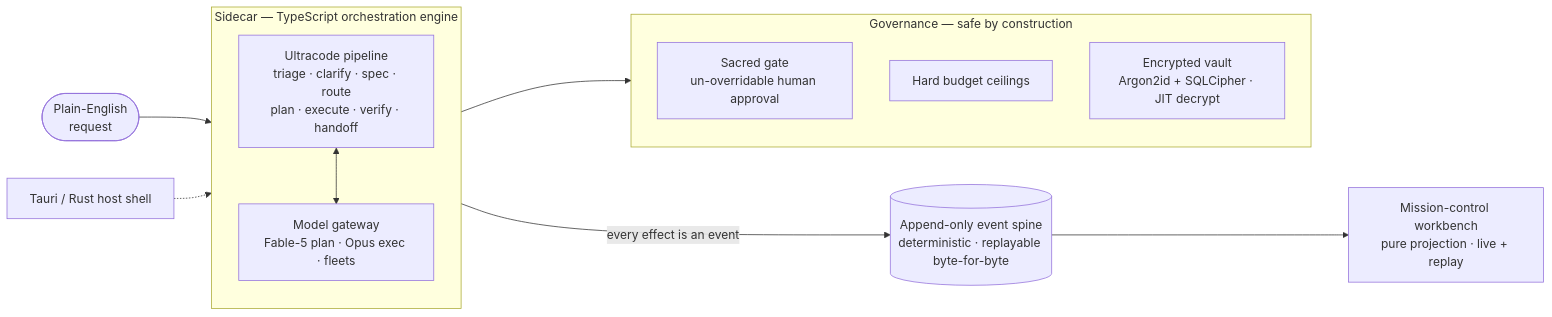
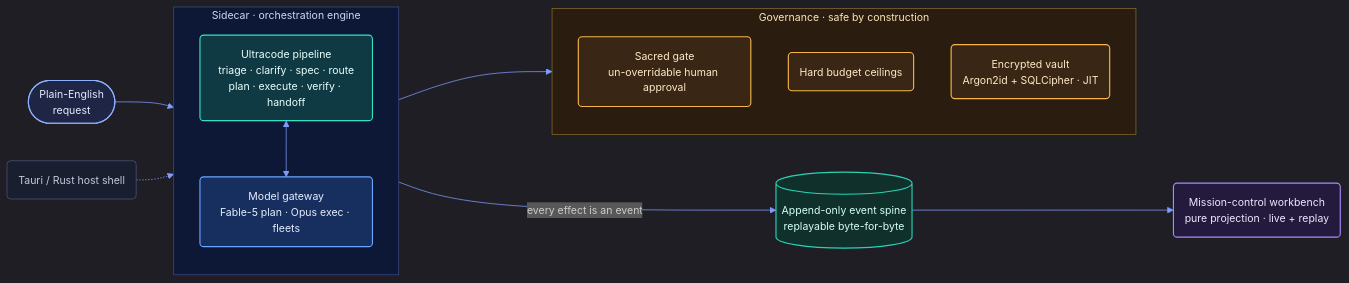
One commit to Alfiecxn/Alfiecxn changed the diagram in README.md. Above: the diagram before and after it, drawn with Mermaid. The commit also changed other lines of this file, not shown here.

Commit message:
Prettier ORRERY diagram (role-colored, softer nodes) + reddy-pink email badge

````diff
--- a/README.md
+++ b/README.md
@@ -44,20 +44,30 @@
 ```mermaid
+%%{init: {'theme':'dark','themeVariables':{'fontFamily':'Segoe UI, Helvetica, Arial, sans-serif','fontSize':'14px','lineColor':'#7f9cff'}}}%%
 flowchart LR
-    U(["Plain-English<br/>request"]) --> PIPE
-    subgraph SIDE["Sidecar — TypeScript orchestration engine"]
+    U(["Plain-English<br/>request"]):::entry --> PIPE
+    subgraph SIDE["Sidecar · orchestration engine"]
       direction TB
-      PIPE["Ultracode pipeline<br/>triage · clarify · spec · route<br/>plan · execute · verify · handoff"]
-      GATE["Model gateway<br/>Fable-5 plan · Opus exec · fleets"]
+      PIPE("Ultracode pipeline<br/>triage · clarify · spec · route<br/>plan · execute · verify · handoff"):::pipe
+      GATE("Model gateway<br/>Fable-5 plan · Opus exec · fleets"):::gate
       PIPE <--> GATE
     end
-    subgraph GOV["Governance — safe by construction"]
+    subgraph GOV["Governance · safe by construction"]
       direction TB
-      SG["Sacred gate<br/>un-overridable human approval"]
-      BD["Hard budget ceilings"]
-      VA["Encrypted vault<br/>Argon2id + SQLCipher · JIT decrypt"]
+      SG("Sacred gate<br/>un-overridable human approval"):::gov
+      BD("Hard budget ceilings"):::gov
+      VA("Encrypted vault<br/>Argon2id + SQLCipher · JIT"):::gov
     end
     PIPE --> GOV
-    SIDE -- "every effect is an event" --> SPINE[("Append-only event spine<br/>deterministic · replayable byte-for-byte")]
-    SPINE --> UI["Mission-control workbench<br/>pure projection · live + replay"]
-    HOST["Tauri / Rust host shell"] -.-> SIDE
+    SIDE -- "every effect is an event" --> SPINE[("Append-only event spine<br/>replayable byte-for-byte")]:::spine
+    SPINE --> UI("Mission-control workbench<br/>pure projection · live + replay"):::ui
+    HOST("Tauri / Rust host shell"):::host -.-> SIDE
+    style SIDE fill:#0d1836,stroke:#3a4a86,color:#cdd7f5
+    style GOV fill:#2a1c0e,stroke:#8a6a2a,color:#ffe4b8
+    classDef entry fill:#1f2544,stroke:#8fb0ff,color:#e7edff,stroke-width:1.5px
+    classDef pipe fill:#0f3a44,stroke:#38e1c4,color:#eafffb,stroke-width:1.5px
+    classDef gate fill:#172f5e,stroke:#6aa6ff,color:#e7edff,stroke-width:1.5px
+    classDef gov fill:#3a2614,stroke:#f6b64a,color:#ffe9c7,stroke-width:1.5px
+    classDef spine fill:#10302b,stroke:#28d3b4,color:#d6fff5,stroke-width:1.5px
+    classDef ui fill:#241a3d,stroke:#a78bfa,color:#efe8ff,stroke-width:1.5px
+    classDef host fill:#191f2e,stroke:#4a5578,color:#c3cbe0,stroke-width:1px
 ```
````
